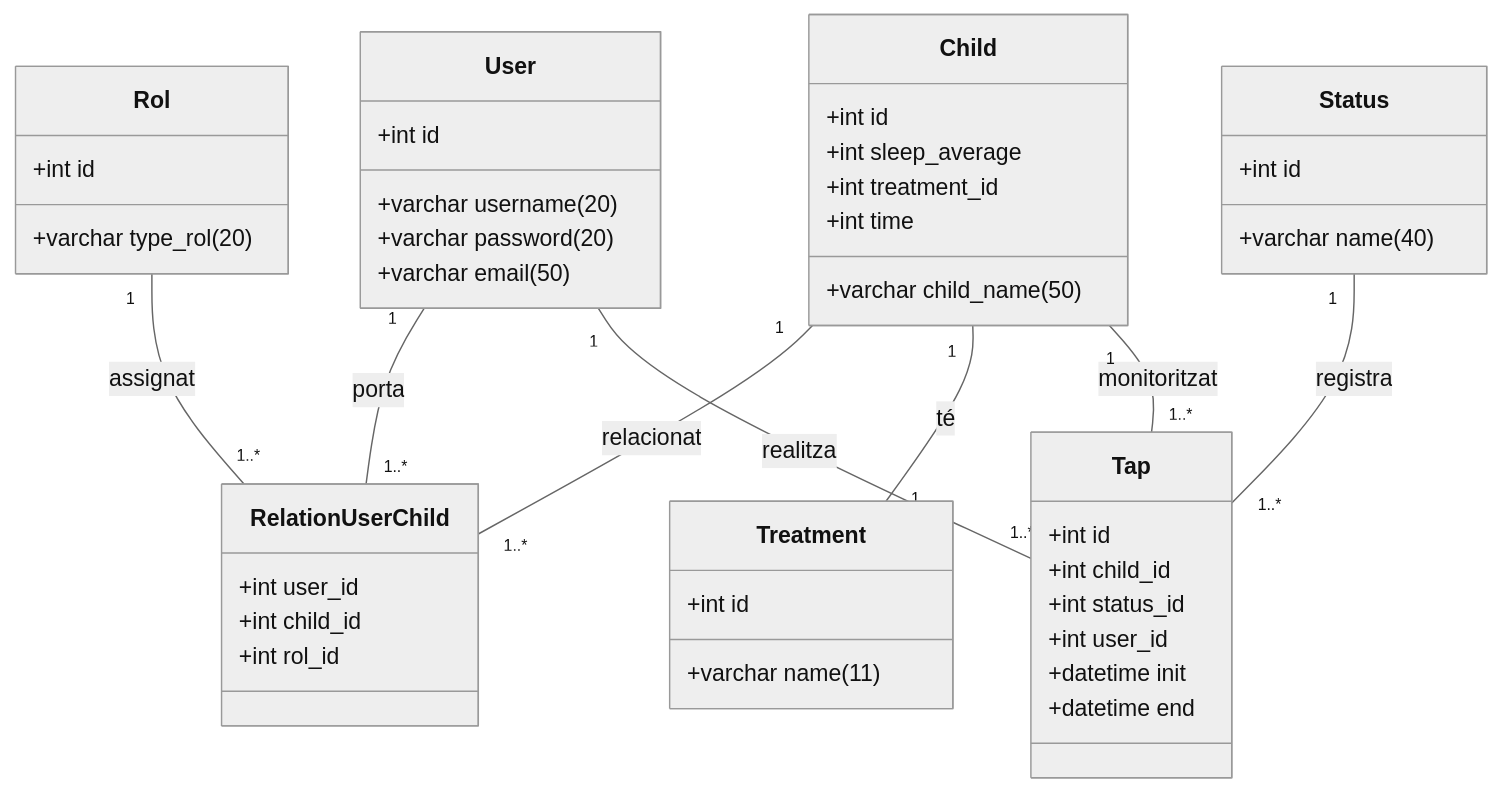
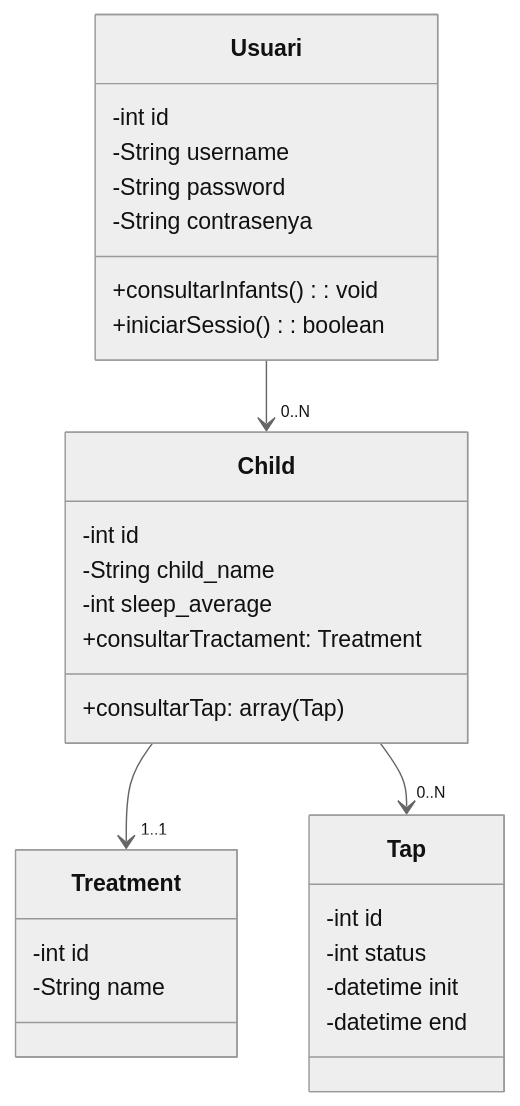
Before and after one commit to Josse71/tapatApp: the diagram in entorns/classUser.mermaid, drawn with Mermaid (neutral theme).

```diff
--- a/entorns/classUser.mermaid
+++ b/entorns/classUser.mermaid
@@ -1,53 +1,34 @@
 classDiagram
-class User {
-+int id
-+varchar username(20)
-+varchar password(20)
-+varchar email(50)
+Usuari "" --> "0..N" Child
+Child "" --> "1..1" Treatment
+Child "" --> "0..N" Tap
+
+class Usuari {
+        -int id
+        -String username
+        -String password
+        -String contrasenya
+        +consultarInfants(): void
+        +iniciarSessio(): boolean
 }
 
-class Rol {
-+int id
-+varchar type_rol(20)
+class Child{
+        -int id
+        -String child_name
+        -int sleep_average
+        
+        +consultarTractament: Treatment
+        +consultarTap: array(Tap)
 }
 
-class RelationUserChild {
-+int user_id
-+int child_id
-+int rol_id
+class Treatment{
+        -int id
+        -String name
 }
 
-class Child {
-+int id
-+varchar child_name(50)
-+int sleep_average
-+int treatment_id
-+int time
+class Tap{
+        -int id
+        -int status
+        -datetime init 
+        -datetime end 
 }
-
-class Treatment {
-+int id
-+varchar name(11)
-}
-
-class Status {
-+int id
-+varchar name(40)
-}
-
-class Tap {
-+int id
-+int child_id
-+int status_id
-+int user_id
-+datetime init
-+datetime end
-}
-
-User "1" -- "1..*" RelationUserChild : porta
-Child "1" -- "1..*" RelationUserChild : relacionat
-Rol "1" -- "1..*" RelationUserChild : assignat
-Child "1" -- "1" Treatment : té
-Child "1" -- "1..*" Tap : monitoritzat
-Status "1" -- "1..*" Tap : registra
-User "1" -- "1..*" Tap : realitza
```
